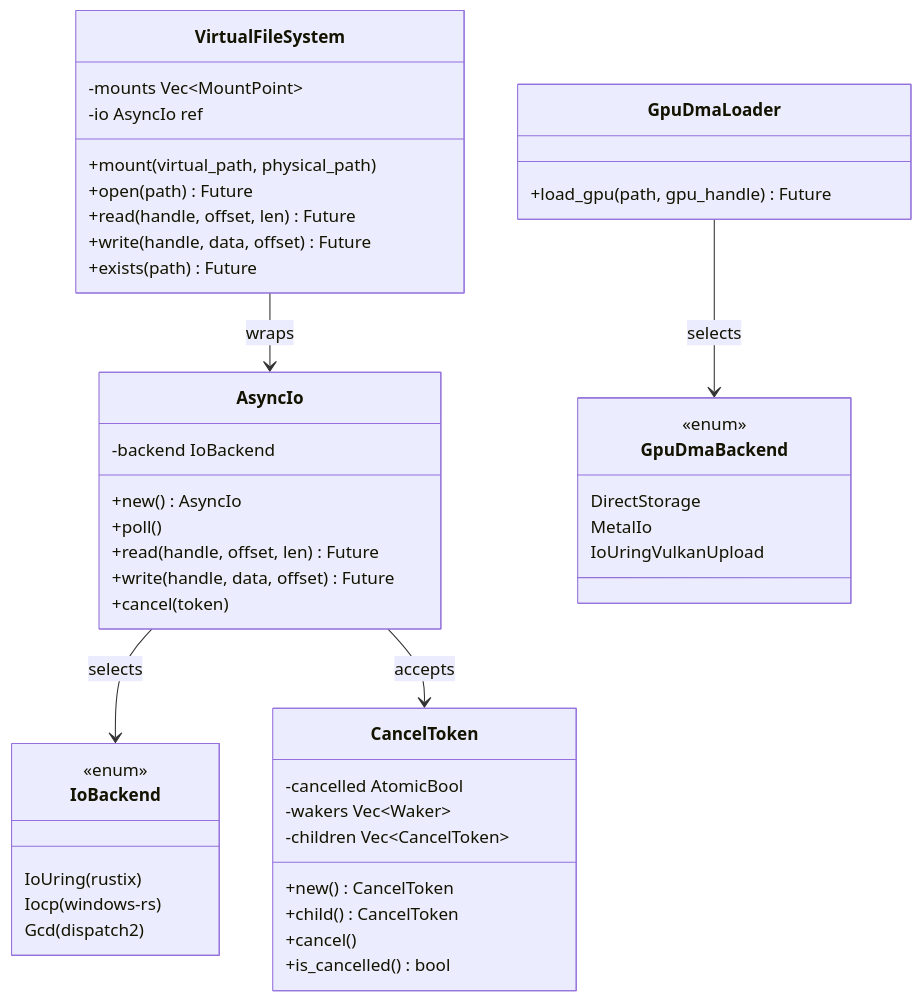
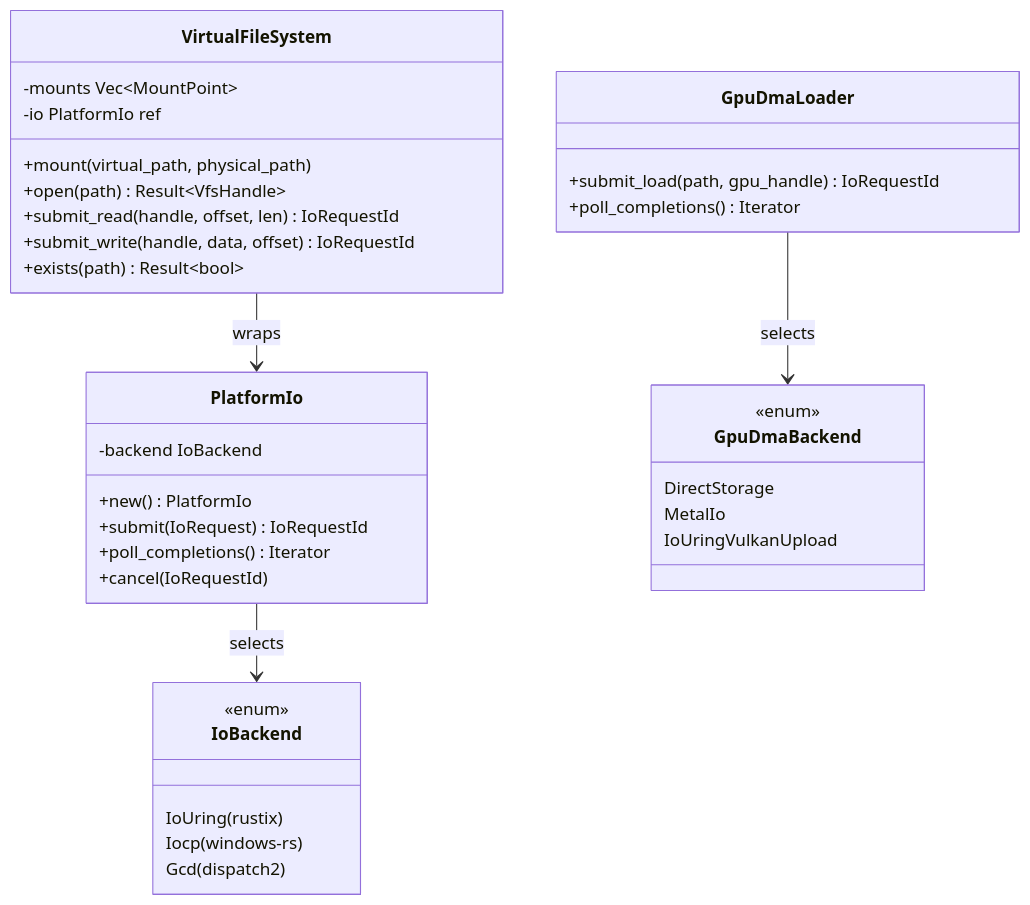
One commit to harmonius-dev/harmonius changed the fifth of 7 diagrams in docs/design/core-runtime/memory-async-io.md. Above: the diagram before and after it, drawn with Mermaid. The commit also changed other lines of this file and 143 other files, not shown here.

````diff
--- a/docs/design/core-runtime/memory-async-io.md
+++ b/docs/design/core-runtime/memory-async-io.md
@@ -324,54 +312,43 @@
 ```mermaid
 classDiagram
-    class AsyncIo {
+    class PlatformIo {
         -backend IoBackend
-        +new() AsyncIo
-        +poll()
-        +read(handle, offset, len) Future
-        +write(handle, data, offset) Future
-        +cancel(token)
+        +new() PlatformIo
+        +submit(IoRequest) IoRequestId
+        +poll_completions() Iterator
+        +cancel(IoRequestId)
     }
 
     class IoBackend {
         <<enum>>
         IoUring(rustix)
         Iocp(windows-rs)
         Gcd(dispatch2)
     }
 
     class GpuDmaLoader {
-        +load_gpu(path, gpu_handle) Future
+        +submit_load(path, gpu_handle) IoRequestId
+        +poll_completions() Iterator
     }
 
     class GpuDmaBackend {
         <<enum>>
         DirectStorage
         MetalIo
         IoUringVulkanUpload
     }
 
     class VirtualFileSystem {
         -mounts Vec~MountPoint~
-        -io AsyncIo ref
+        -io PlatformIo ref
         +mount(virtual_path, physical_path)
-        +open(path) Future
-        +read(handle, offset, len) Future
-        +write(handle, data, offset) Future
-        +exists(path) Future
+        +open(path) Result~VfsHandle~
+        +submit_read(handle, offset, len) IoRequestId
+        +submit_write(handle, data, offset) IoRequestId
+        +exists(path) Result~bool~
     }
 
-    class CancelToken {
-        -cancelled AtomicBool
-        -wakers Vec~Waker~
-        -children Vec~CancelToken~
-        +new() CancelToken
-        +child() CancelToken
-        +cancel()
-        +is_cancelled() bool
-    }
-
-    AsyncIo --> IoBackend : selects
-    AsyncIo --> CancelToken : accepts
+    PlatformIo --> IoBackend : selects
     GpuDmaLoader --> GpuDmaBackend : selects
-    VirtualFileSystem --> AsyncIo : wraps
+    VirtualFileSystem --> PlatformIo : wraps
 ```
````
